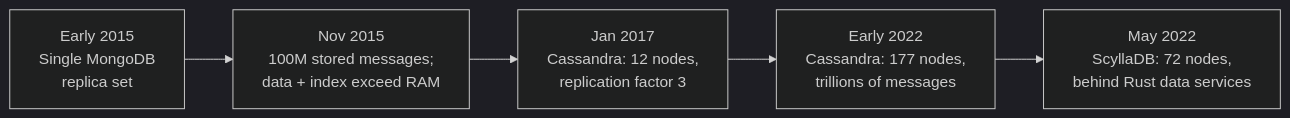
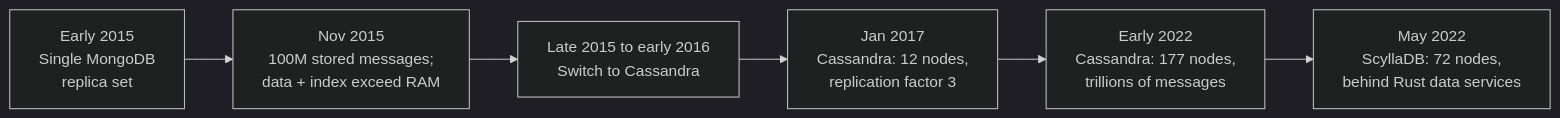
The first of 4 diagrams in src/content/blog/how-discord-stores-trillions-of-messages.md (mimi146/blog), drawn with Mermaid (dark theme) before and after one commit. The commit also changed other lines of this file, not shown here.

Commit message:
Address review: credit bucket formula, Fig 1 timeline, wording and links

````diff
--- a/src/content/blog/how-discord-stores-trillions-of-messages.md
+++ b/src/content/blog/how-discord-stores-trillions-of-messages.md
@@ -13,9 +13,10 @@
 ```mermaid
 flowchart LR
     accTitle: Timeline of Discord's message storage
-    accDescr: Early 2015, MongoDB replica set. November 2015, 100 million stored messages and the data no longer fits in RAM. January 2017, a 12-node Cassandra cluster. Early 2022, 177 Cassandra nodes holding trillions of messages. May 2022, ScyllaDB with 72 nodes behind Rust data services.
+    accDescr: Early 2015, MongoDB replica set. November 2015, 100 million stored messages and the data no longer fits in RAM. Late 2015 to early 2016, the switch to Cassandra. January 2017, a 12-node Cassandra cluster with replication factor 3. Early 2022, 177 Cassandra nodes holding trillions of messages. May 2022, ScyllaDB with 72 nodes behind Rust data services.
     A["Early 2015<br/>Single MongoDB<br/>replica set"] --> B["Nov 2015<br/>100M stored messages;<br/>data + index exceed RAM"]
-    B --> C["Jan 2017<br/>Cassandra: 12 nodes,<br/>replication factor 3"]
+    B --> M["Late 2015 to early 2016<br/>Switch to Cassandra"]
+    M --> C["Jan 2017<br/>Cassandra: 12 nodes,<br/>replication factor 3"]
     C --> D["Early 2022<br/>Cassandra: 177 nodes,<br/>trillions of messages"]
     D --> E["May 2022<br/>ScyllaDB: 72 nodes,<br/>behind Rust data services"]
 ```
````
